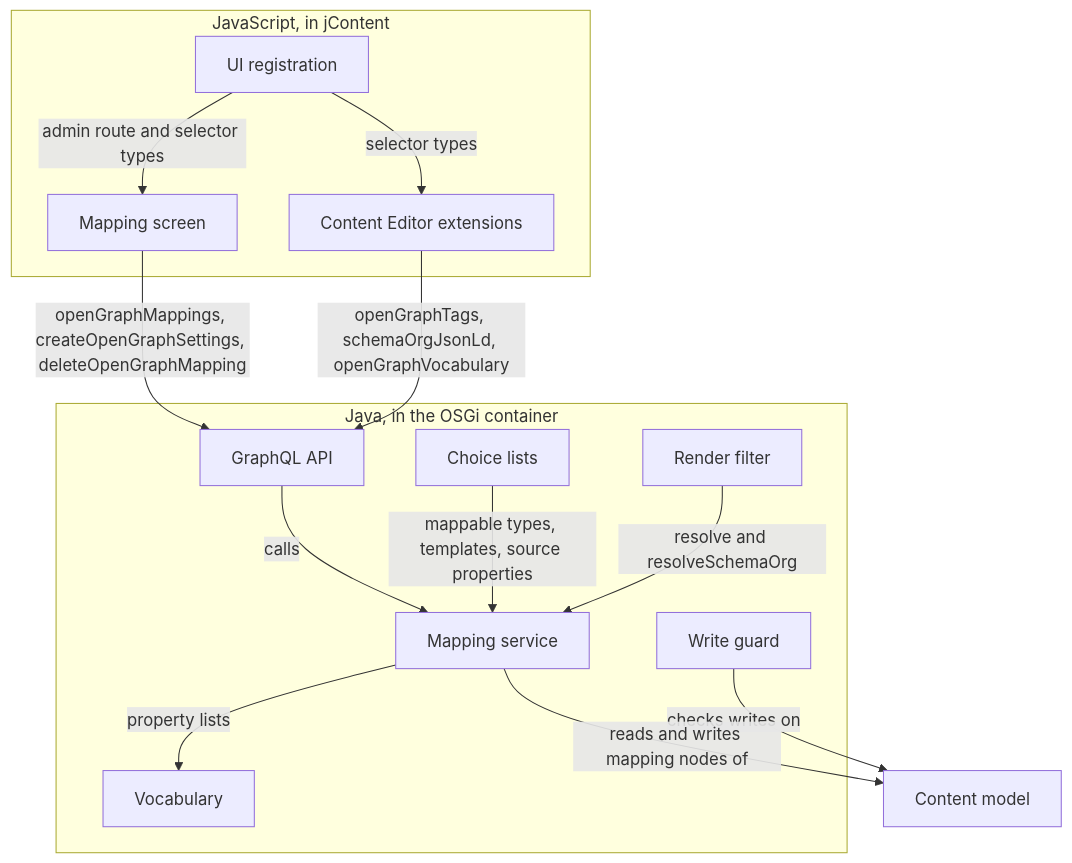
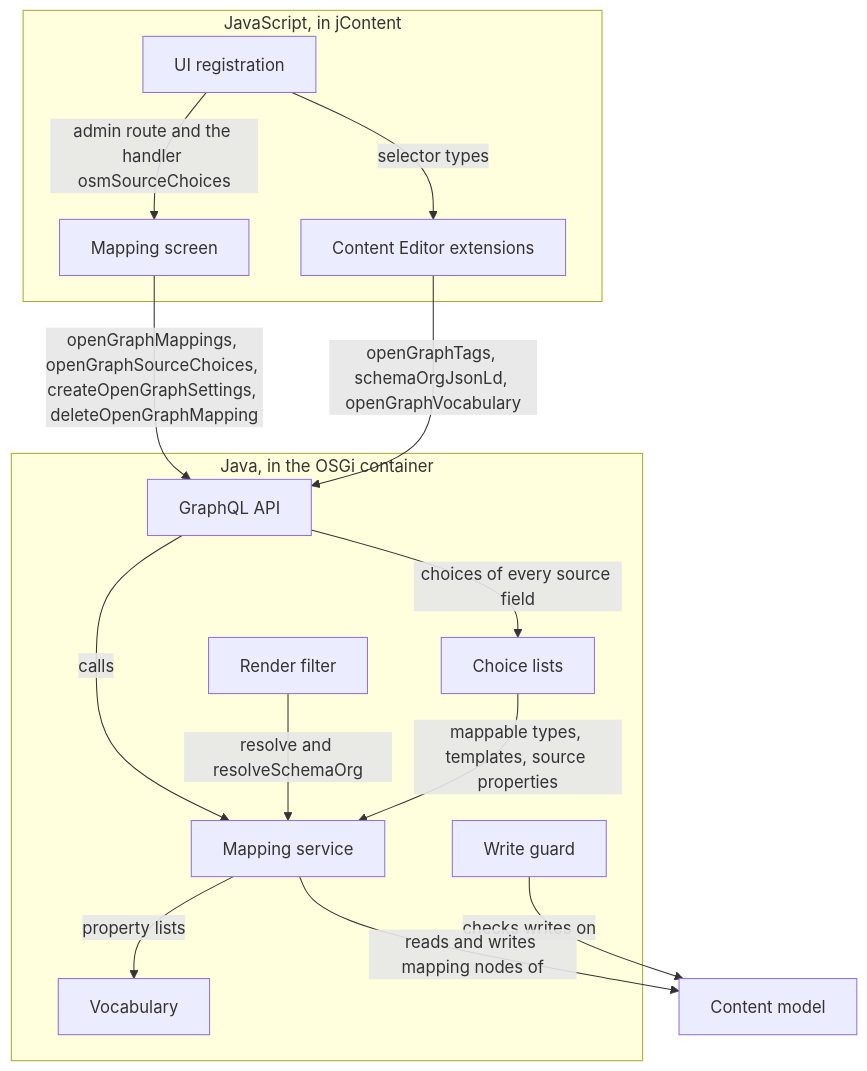
The first of 2 diagrams in docs/architecture/05_building_block_view.md (Jahia/opengraph-schemaorg-metadata), drawn with Mermaid before and after one commit. The commit also changed other lines of this file and 17 other files, not shown here.

First line of the commit message:
perf: load the source lists of a mapping form with one query (#69)

````diff
--- a/docs/architecture/05_building_block_view.md
+++ b/docs/architecture/05_building_block_view.md
@@ -8,27 +8,28 @@
 ```mermaid
 flowchart TB
     subgraph ui["JavaScript, in jContent"]
         registration["UI registration"]
         screen["Mapping screen"]
         editorext["Content Editor extensions"]
     end
     subgraph java["Java, in the OSGi container"]
         api["GraphQL API"]
         choices["Choice lists"]
         service["Mapping service"]
         guard["Write guard"]
         filter["Render filter"]
         vocabulary["Vocabulary"]
     end
     model["Content model"]
-    registration -- "admin route and selector types" --> screen
+    registration -- "admin route and the handler osmSourceChoices" --> screen
     registration -- "selector types" --> editorext
-    screen -- "openGraphMappings, createOpenGraphSettings, deleteOpenGraphMapping" --> api
+    screen -- "openGraphMappings, openGraphSourceChoices, createOpenGraphSettings, deleteOpenGraphMapping" --> api
     editorext -- "openGraphTags, schemaOrgJsonLd, openGraphVocabulary" --> api
     api -- "calls" --> service
+    api -- "choices of every source field" --> choices
     choices -- "mappable types, templates, source properties" --> service
     filter -- "resolve and resolveSchemaOrg" --> service
     service -- "property lists" --> vocabulary
     guard -- "checks writes on" --> model
     service -- "reads and writes mapping nodes of" --> model
 ```
````
